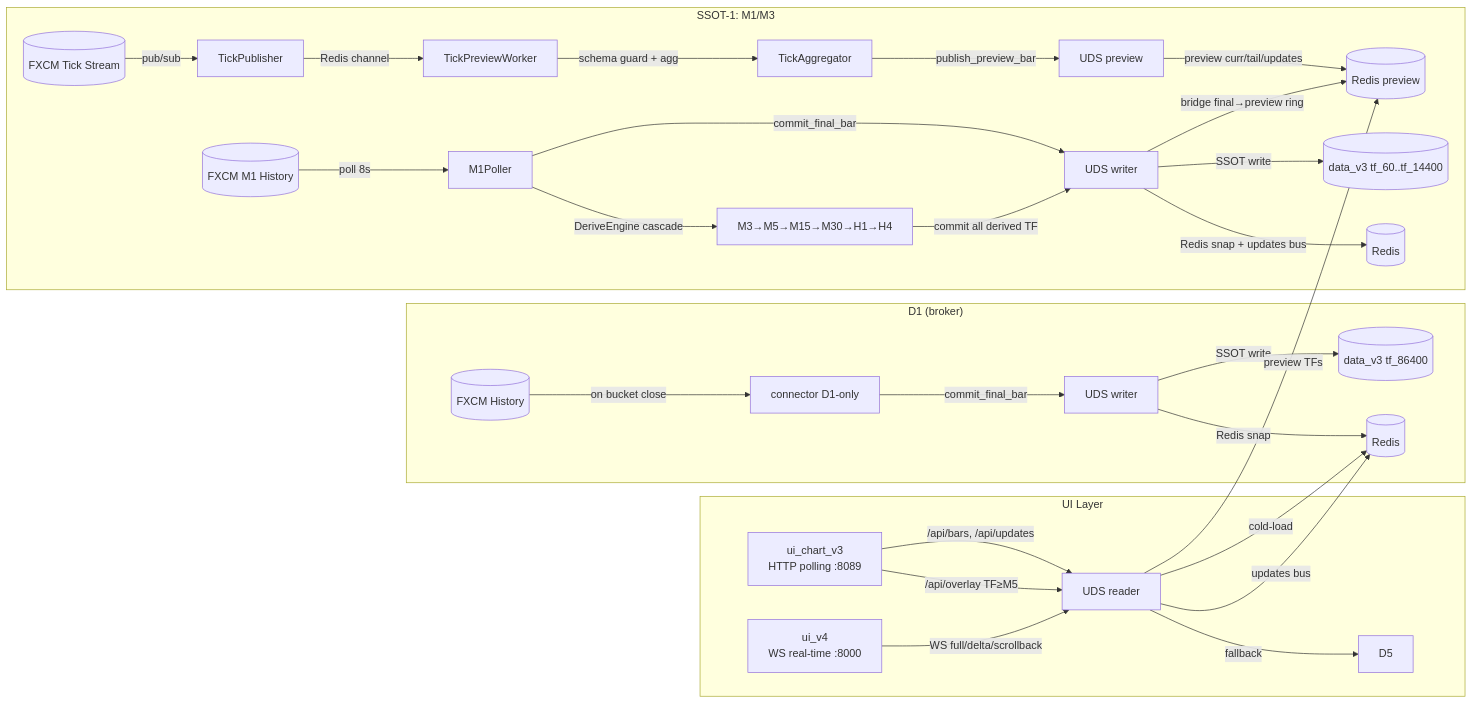
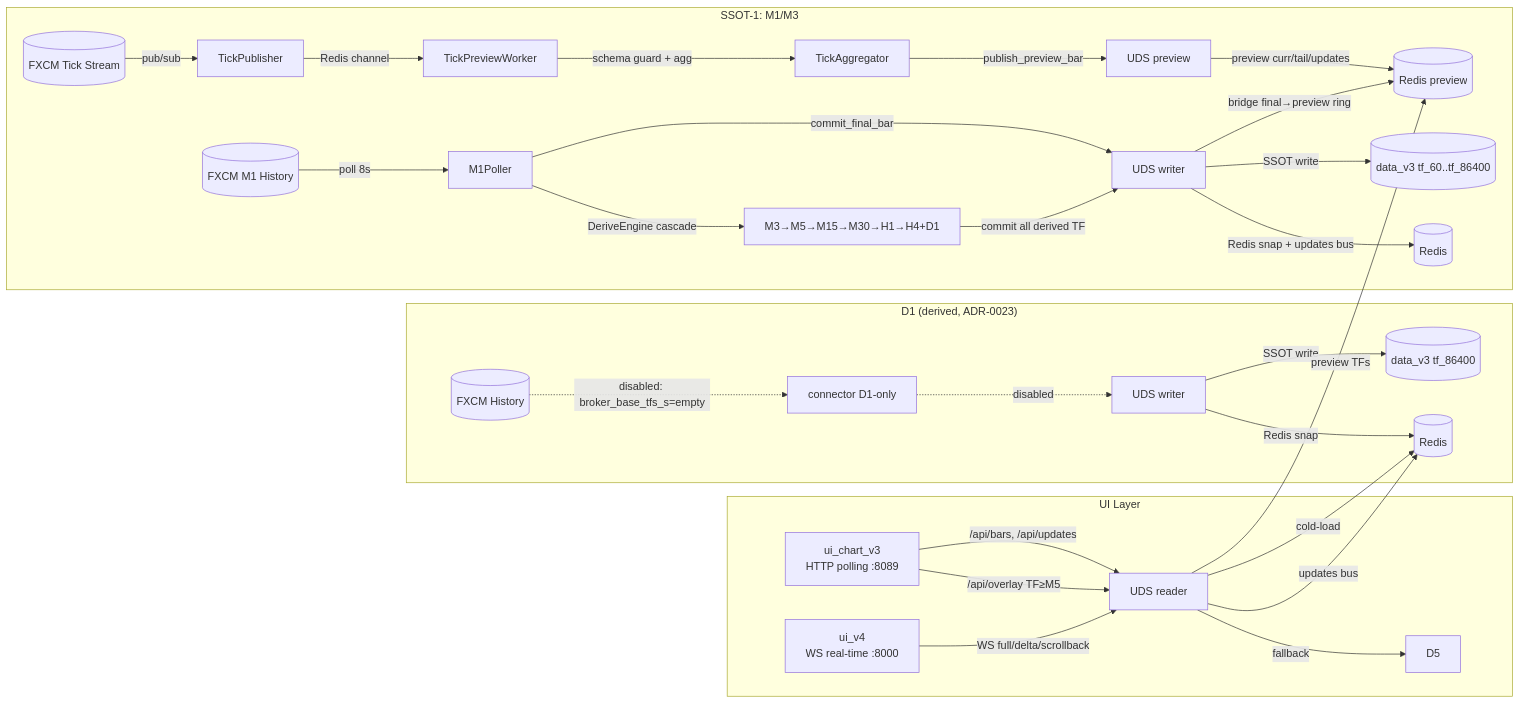
The first of 13 diagrams in docs/system_current_overview.md (Std07-1/v3), drawn with Mermaid before and after one commit. The commit also changed other lines of this file and 47 other files, not shown here.

````diff
--- a/docs/system_current_overview.md
+++ b/docs/system_current_overview.md
@@ -191,32 +192,32 @@
 ```mermaid
 flowchart LR
     subgraph SSOT1["SSOT-1: M1/M3"]
         T[(FXCM Tick Stream)] -->|pub/sub| TP[TickPublisher]
         TP -->|Redis channel| TW[TickPreviewWorker]
         TW -->|schema guard + agg| TA[TickAggregator]
         TA -->|publish_preview_bar| U1[UDS preview]
         U1 -->|preview curr/tail/updates| RP[(Redis preview)]
         FXCM1[(FXCM M1 History)] -->|poll 8s| M1P[M1Poller]
         M1P -->|commit_final_bar| U2[UDS writer]
-        M1P -->|DeriveEngine cascade| DE[M3→M5→M15→M30→H1→H4]
+        M1P -->|DeriveEngine cascade| DE[M3→M5→M15→M30→H1→H4+D1]
         DE -->|commit all derived TF| U2
-        U2 -->|SSOT write| D1[(data_v3 tf_60..tf_14400)]
+        U2 -->|SSOT write| D1[(data_v3 tf_60..tf_86400)]
         U2 -->|Redis snap + updates bus| R1[(Redis)]
         U2 -->|bridge final→preview ring| RP
     end
-    subgraph SSOT3["D1 (broker)"]
-        FXCMH[(FXCM History)] -->|on bucket close| P[connector D1-only]
-        P -->|commit_final_bar| U3[UDS writer]
+    subgraph SSOT3["D1 (derived, ADR-0023)"]
+        FXCMH[(FXCM History)] -.->|disabled: broker_base_tfs_s=empty| P[connector D1-only]
+        P -.->|disabled| U3[UDS writer]
         U3 -->|SSOT write| DH[(data_v3 tf_86400)]
         U3 -->|Redis snap| R5[(Redis)]
     end
     subgraph UI["UI Layer"]
         UIc[ui_chart_v3<br/>HTTP polling :8089] -->|/api/bars, /api/updates| UR[UDS reader]
         UIc -->|/api/overlay TF≥M5| UR
         UIv4[ui_v4<br/>WS real-time :8000] -->|WS full/delta/scrollback| UR
         UR -->|cold-load| R5
         UR -->|fallback| D5
         UR -->|preview TFs| RP
         UR -->|updates bus| R5
     end
 ```
````
